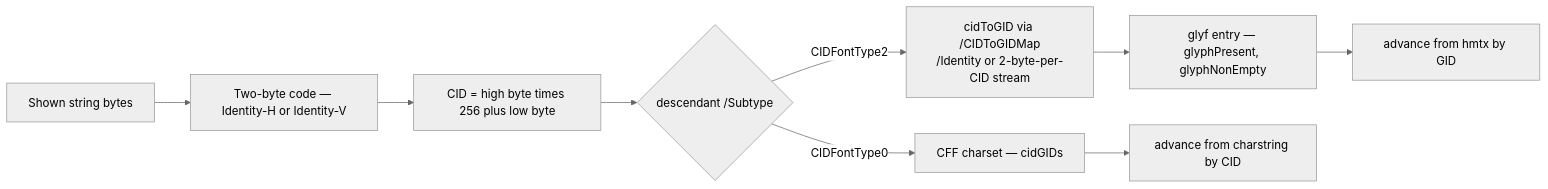
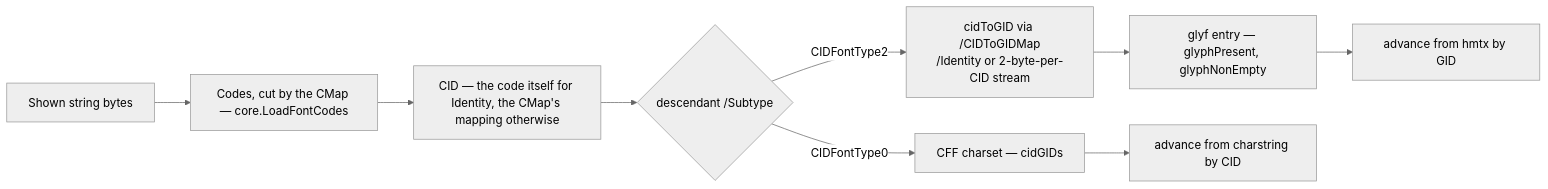
The second of 2 diagrams in docs/fonts.md (mgilbir/pdf0), drawn with Mermaid (neutral theme) before and after one commit. The commit also changed other lines of this file and 31 other files, not shown here.

````diff
--- a/docs/fonts.md
+++ b/docs/fonts.md
@@ -258,11 +244,11 @@
 ```mermaid
 flowchart LR
-    S["Shown string bytes"] --> C["Two-byte code — Identity-H or Identity-V"]
-    C --> CID["CID = high byte times 256 plus low byte"]
+    S["Shown string bytes"] --> C["Codes, cut by the CMap — core.LoadFontCodes"]
+    C --> CID["CID — the code itself for Identity, the CMap's mapping otherwise"]
     CID --> K{"descendant /Subtype"}
     K -->|CIDFontType2| G["cidToGID via /CIDToGIDMap<br/>/Identity or 2-byte-per-CID stream"]
     G --> GL["glyf entry — glyphPresent, glyphNonEmpty"]
     GL --> W1["advance from hmtx by GID"]
     K -->|CIDFontType0| CH["CFF charset — cidGIDs"]
     CH --> W2["advance from charstring by CID"]
 ```
````
